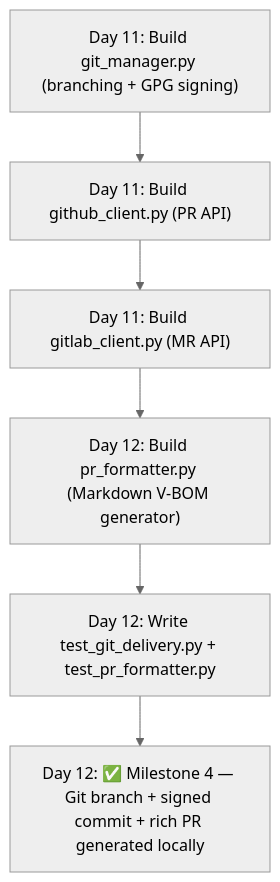
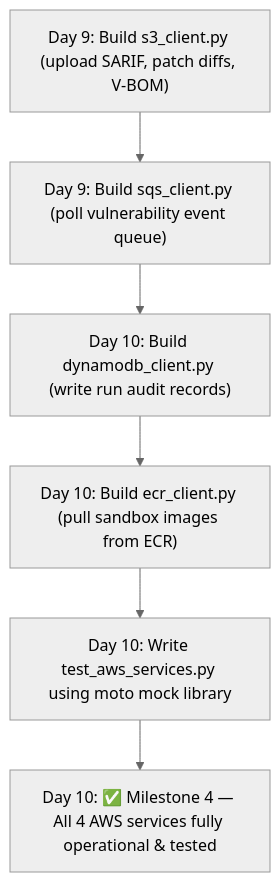
The fourth of 7 diagrams in MEMBER_2_TASKS.md (abhisheksharma56692-stack/PatchForge-AI), drawn with Mermaid (neutral theme) before and after one commit. The commit also changed other lines of this file and 4 other files, not shown here.

````diff
--- a/MEMBER_2_TASKS.md
+++ b/MEMBER_2_TASKS.md
@@ -589,8 +271,8 @@
 ```mermaid
 flowchart TD
-    A["Day 11: Build git_manager.py (branching + GPG signing)"] --> B["Day 11: Build github_client.py (PR API)"]
-    B --> C["Day 11: Build gitlab_client.py (MR API)"]
-    C --> D["Day 12: Build pr_formatter.py (Markdown V-BOM generator)"]
-    D --> E["Day 12: Write test_git_delivery.py + test_pr_formatter.py"]
-    E --> F["Day 12: ✅ Milestone 4 — Git branch + signed commit + rich PR generated locally"]
+    A["Day 9: Build s3_client.py (upload SARIF, patch diffs, V-BOM)"] --> B["Day 9: Build sqs_client.py (poll vulnerability event queue)"]
+    B --> C["Day 10: Build dynamodb_client.py (write run audit records)"]
+    C --> D["Day 10: Build ecr_client.py (pull sandbox images from ECR)"]
+    D --> E["Day 10: Write test_aws_services.py using moto mock library"]
+    E --> F["Day 10: ✅ Milestone 4 — All 4 AWS services fully operational & tested"]
 ```
````
